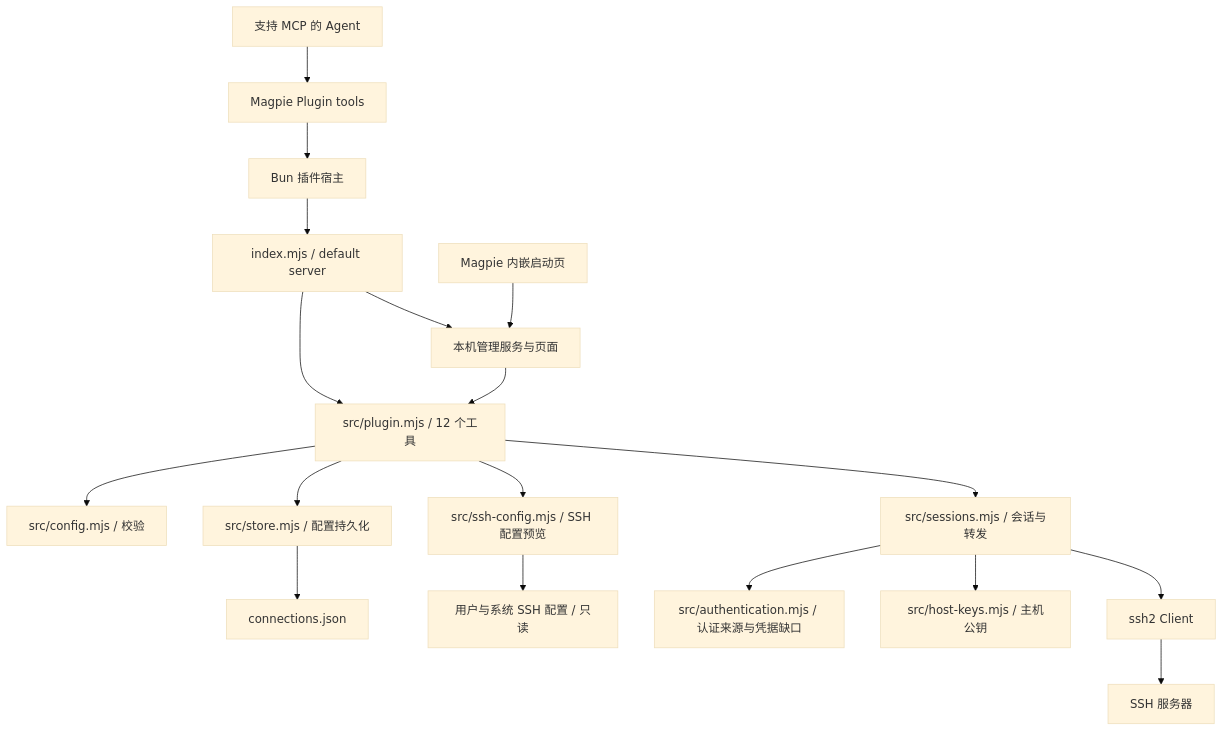
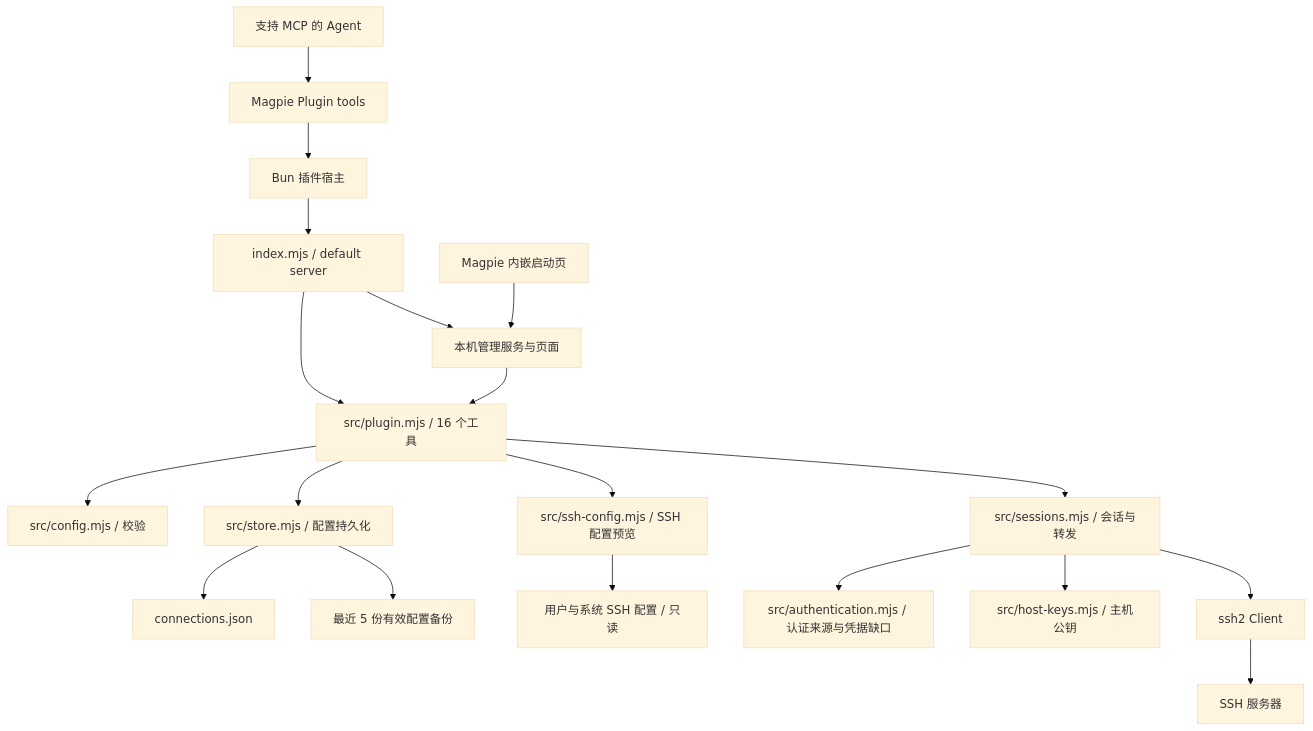
Before and after one commit to zhaoyi2018/magpie-remote: the first of 4 diagrams in docs/architecture.md, drawn with Mermaid (base theme). The commit also changed other lines of this file and 26 other files, not shown here.

````diff
--- a/docs/architecture.md
+++ b/docs/architecture.md
@@ -5,20 +5,21 @@
 ```mermaid
 flowchart TD
   Agent[支持 MCP 的 Agent] --> Gateway[Magpie Plugin tools]
   Gateway --> Host[Bun 插件宿主]
   Host --> Entry[index.mjs / default server]
-  Entry --> Tools[src/plugin.mjs / 12 个工具]
+  Entry --> Tools[src/plugin.mjs / 16 个工具]
   Page[Magpie 内嵌启动页] --> UI[本机管理服务与页面]
   Entry --> UI
   UI --> Tools
   Tools --> Config[src/config.mjs / 校验]
   Tools --> Store[src/store.mjs / 配置持久化]
   Tools --> Import[src/ssh-config.mjs / SSH 配置预览]
   Import --> Source[用户与系统 SSH 配置 / 只读]
   Tools --> Sessions[src/sessions.mjs / 会话与转发]
   Sessions --> Authentication[src/authentication.mjs / 认证来源与凭据缺口]
   Sessions --> Trust[src/host-keys.mjs / 主机公钥]
   Sessions --> SSH[ssh2 Client]
   SSH --> Server[SSH 服务器]
   Store --> File[connections.json]
+  Store --> Backups[最近 5 份有效配置备份]
 ```
````
